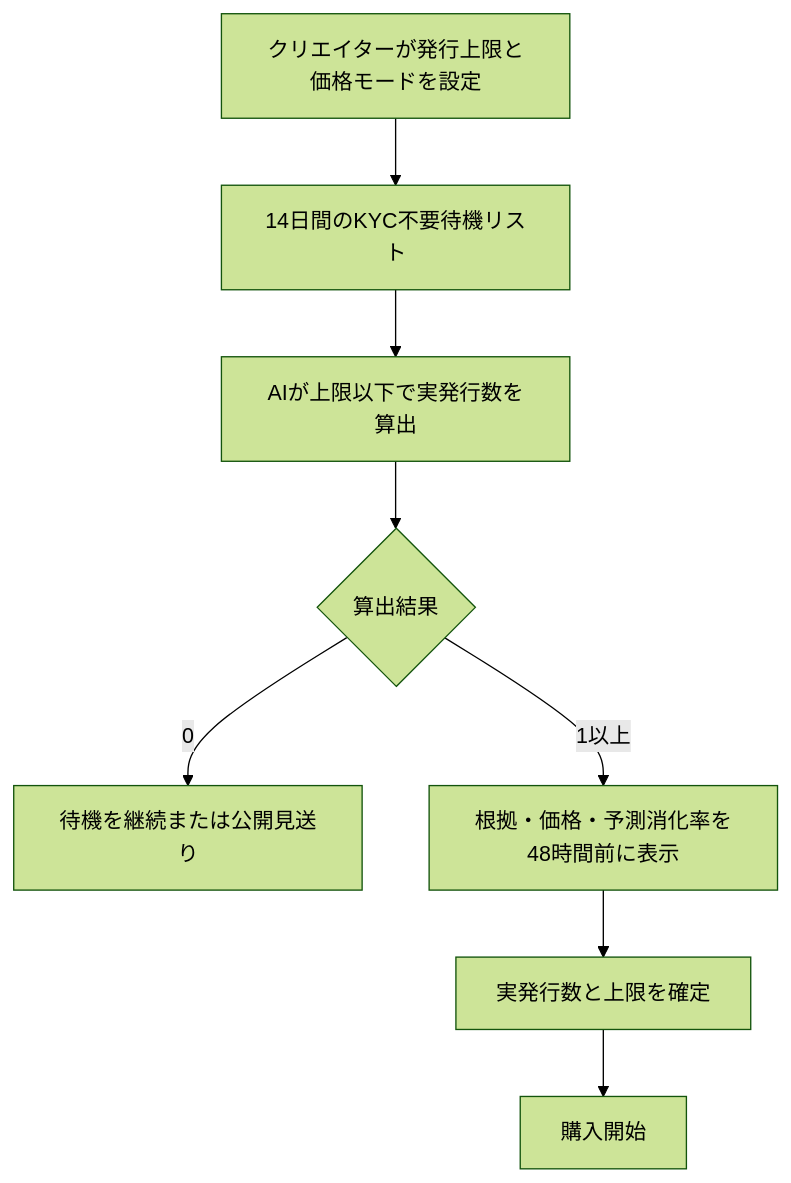
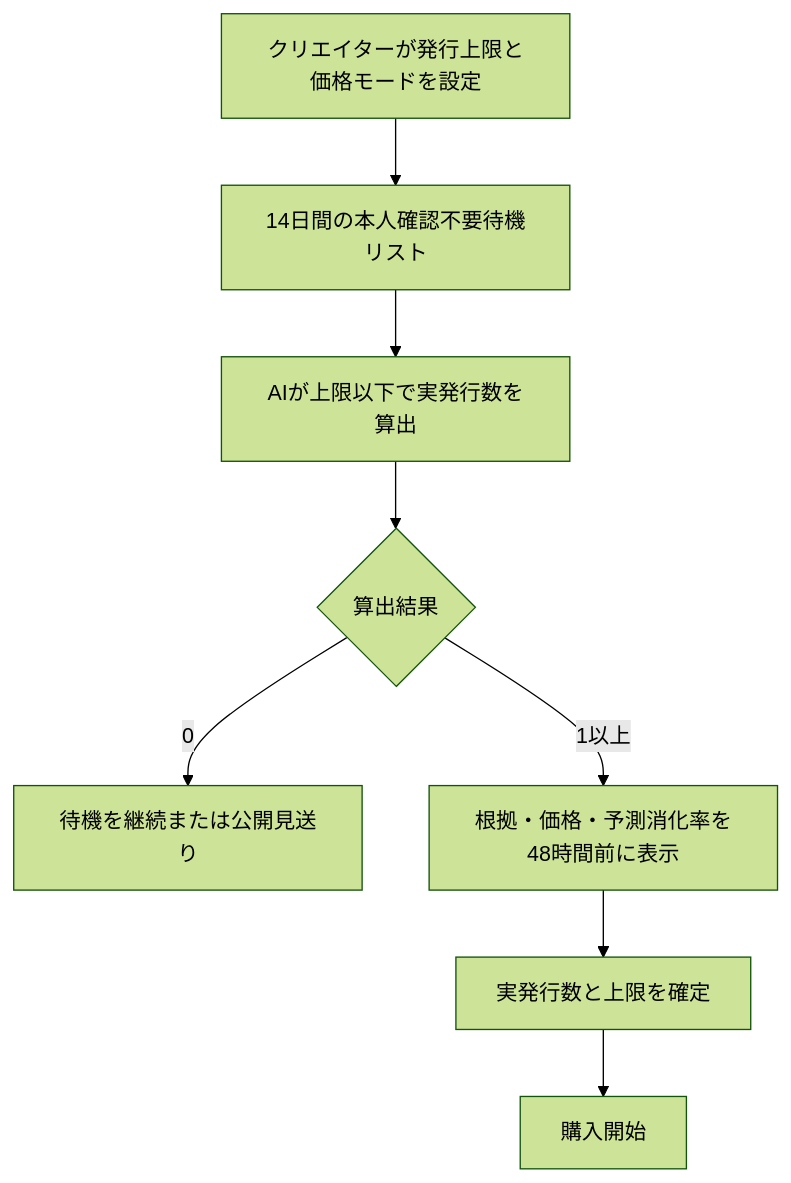
One commit to odokura/odokura-hp changed the diagram in docs/apps/XXGGLL/concept/general/pricing.md. Above: the diagram before and after it, drawn with Mermaid (forest theme). The commit also changed 24 other files, not shown here.

````diff
--- a/docs/apps/XXGGLL/concept/general/pricing.md
+++ b/docs/apps/XXGGLL/concept/general/pricing.md
@@ -95,10 +95,10 @@
 ```mermaid
 flowchart TB
-    setup[クリエイターが発行上限と価格モードを設定] --> waiting[14日間のKYC不要待機リスト]
+    setup[クリエイターが発行上限と価格モードを設定] --> waiting[14日間の本人確認不要待機リスト]
     waiting --> calculate[AIが上限以下で実発行数を算出]
     calculate --> result{算出結果}
     result -->|0| continueWait[待機を継続または公開見送り]
     result -->|1以上| preview[根拠・価格・予測消化率を48時間前に表示]
     preview --> lock[実発行数と上限を確定]
     lock --> sale[購入開始]
 ```
````
